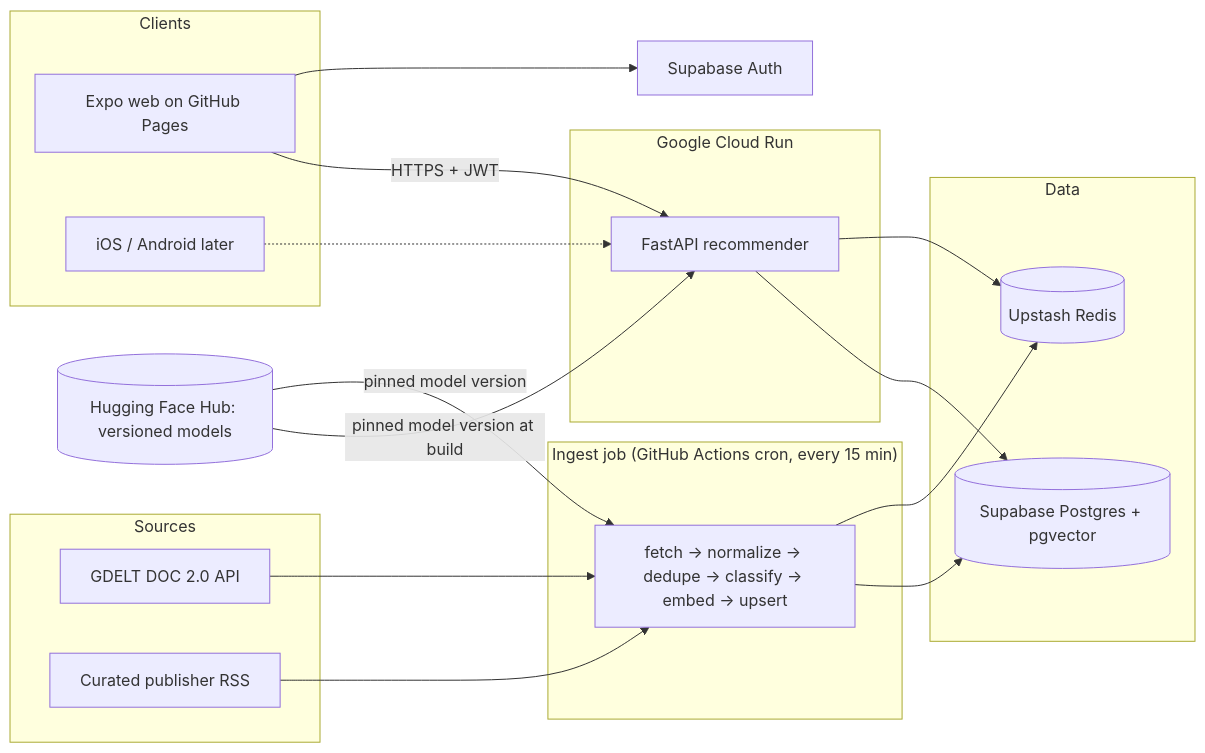
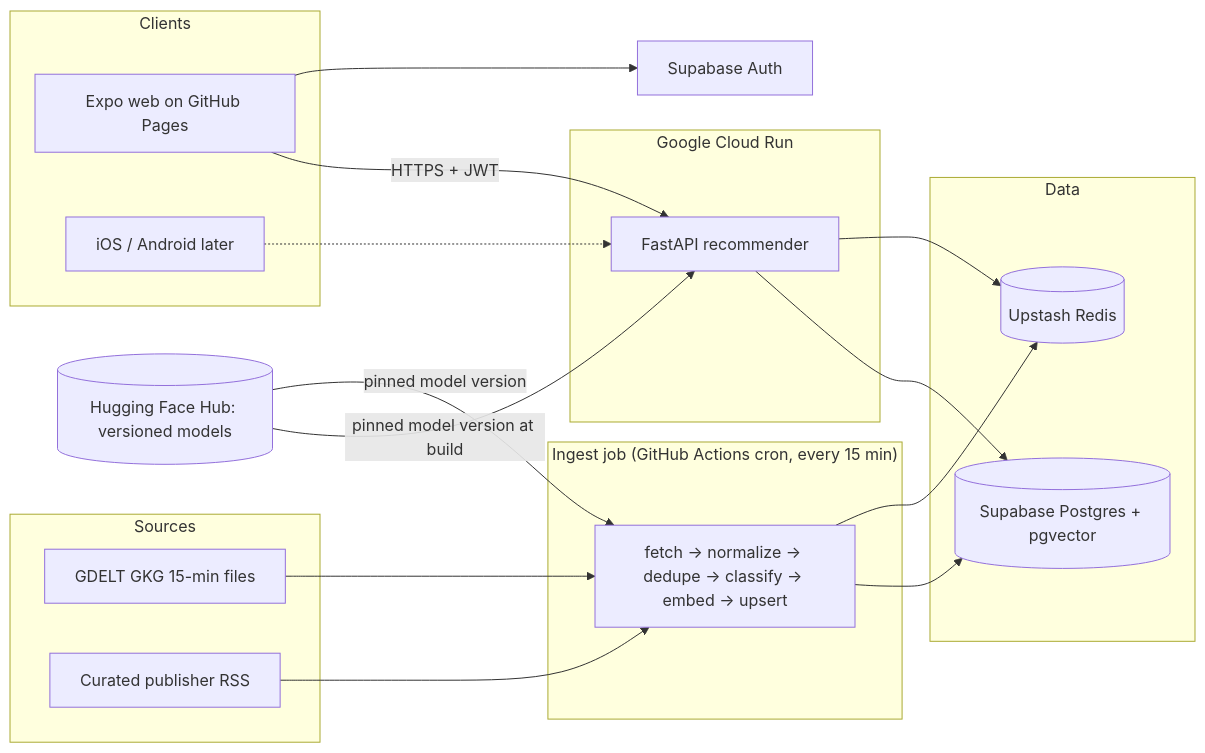
One commit to Unmesh30/firstread changed the diagram in SPEC.md. Above: the diagram before and after it, drawn with Mermaid. The commit also changed other lines of this file and 6 other files, not shown here.

Commit message:
docs: ADRs 0007-0009 (live sources, schema, dedupe), SPEC, data card and architecture for 2a

````diff
--- a/SPEC.md
+++ b/SPEC.md
@@ -65,35 +65,35 @@
 ```mermaid
 flowchart LR
   subgraph Sources
-    G[GDELT DOC 2.0 API]
+    G[GDELT GKG 15-min files]
     R[Curated publisher RSS]
   end
   subgraph Ingest["Ingest job (GitHub Actions cron, every 15 min)"]
     I[fetch → normalize → dedupe → classify → embed → upsert]
   end
   subgraph Data
     PG[(Supabase Postgres + pgvector)]
     RD[(Upstash Redis)]
   end
   subgraph Serving["Google Cloud Run"]
     API[FastAPI recommender]
   end
   subgraph Clients
     W[Expo web on GitHub Pages]
     M[iOS / Android later]
   end
   HF[(Hugging Face Hub: versioned models)]
   SA[Supabase Auth]
 
   G --> I
   R --> I
   I --> PG
   I --> RD
   W -->|HTTPS + JWT| API
   M -.-> API
   W --> SA
   API --> PG
   API --> RD
   HF -->|pinned model version at build| API
   HF -->|pinned model version| I
 ```
````
